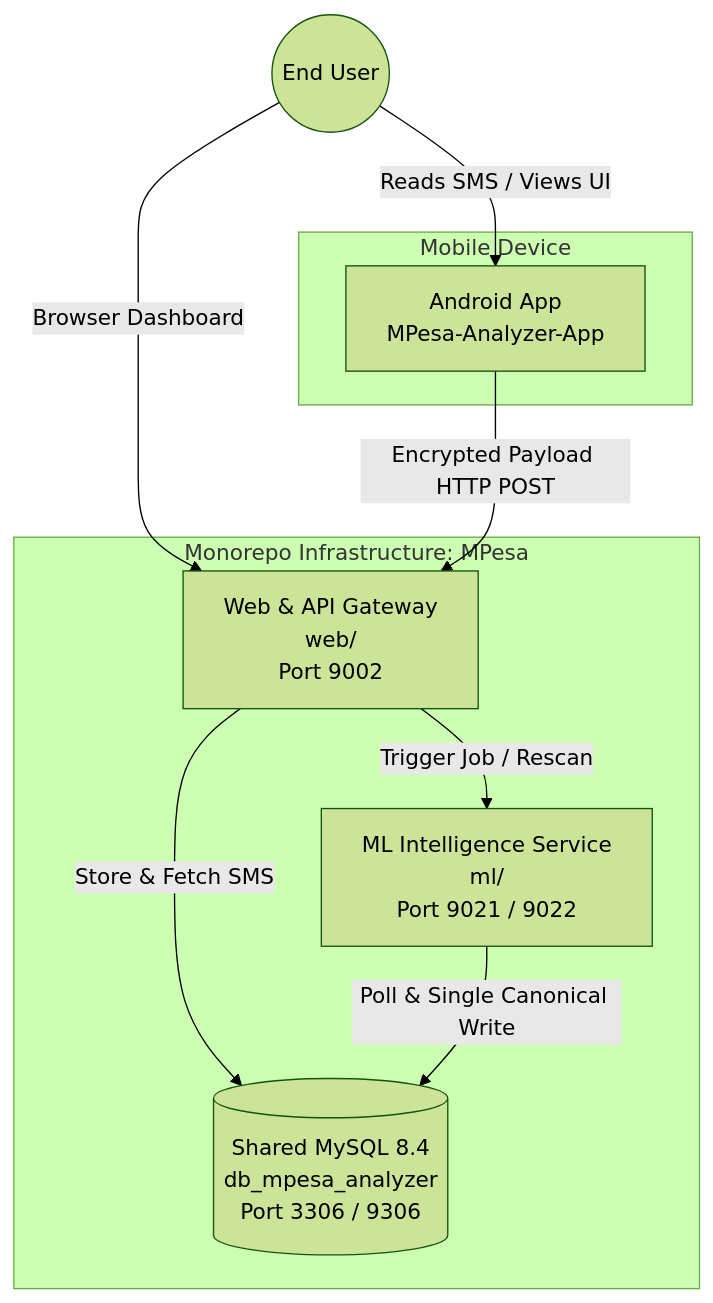
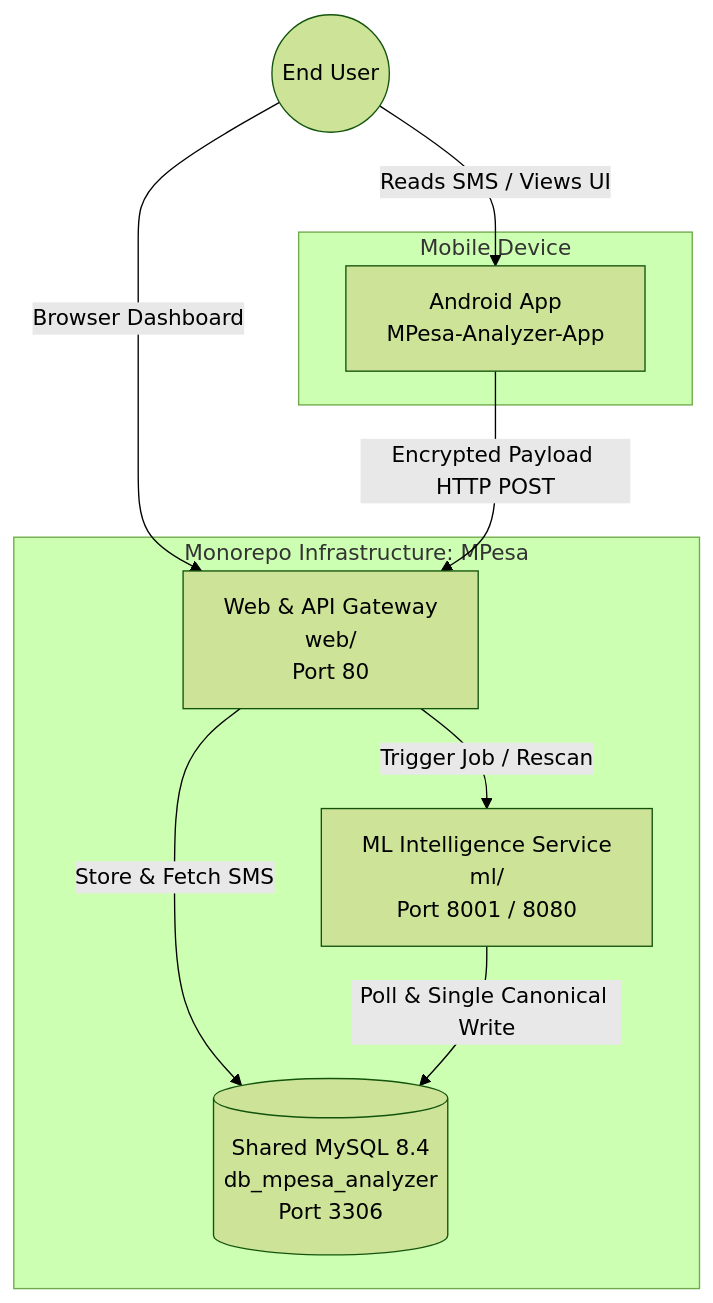
The diagram in docs/architecture/overview.md (Niccher/Smart-SMS), drawn with Mermaid (forest theme) before and after one commit. The commit also changed 17 other files, not shown here.

````diff
--- a/docs/architecture/overview.md
+++ b/docs/architecture/overview.md
@@ -11,21 +11,21 @@
 ```mermaid
 flowchart TD
   User((End User))
 
   subgraph Mobile Device
     App[Android App<br/>MPesa-Analyzer-App]
   end
 
   subgraph Monorepo Infrastructure: MPesa
-    WebApp[Web & API Gateway<br/>web/<br/>Port 9002]
-    ML[ML Intelligence Service<br/>ml/<br/>Port 9021 / 9022]
-    MySQL[(Shared MySQL 8.4<br/>db_mpesa_analyzer<br/>Port 3306 / 9306)]
+    WebApp[Web & API Gateway<br/>web/<br/>Port 80]
+    ML[ML Intelligence Service<br/>ml/<br/>Port 8001 / 8080]
+    MySQL[(Shared MySQL 8.4<br/>db_mpesa_analyzer<br/>Port 3306)]
   end
 
   User -->|Reads SMS / Views UI| App
   User -->|Browser Dashboard| WebApp
   App -->|Encrypted Payload HTTP POST| WebApp
   WebApp -->|Store & Fetch SMS| MySQL
   ML -->|Poll & Single Canonical Write| MySQL
   WebApp -->|Trigger Job / Rescan| ML
 ```
````
